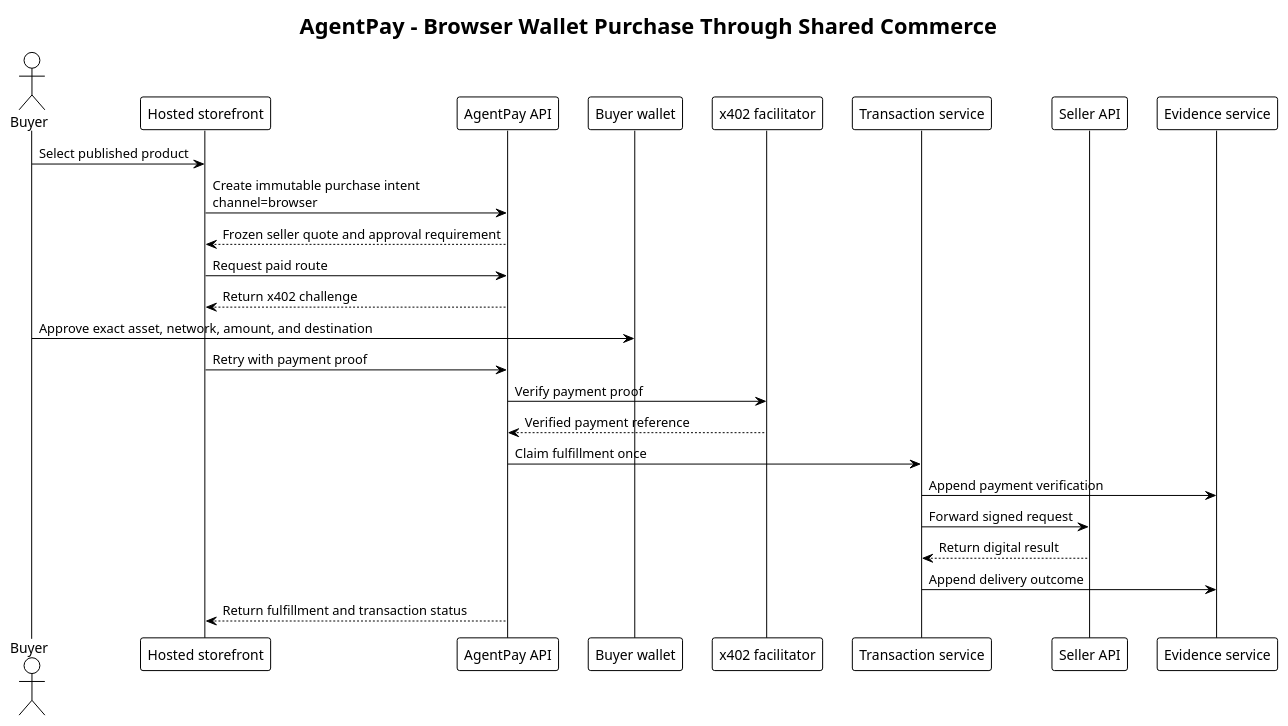
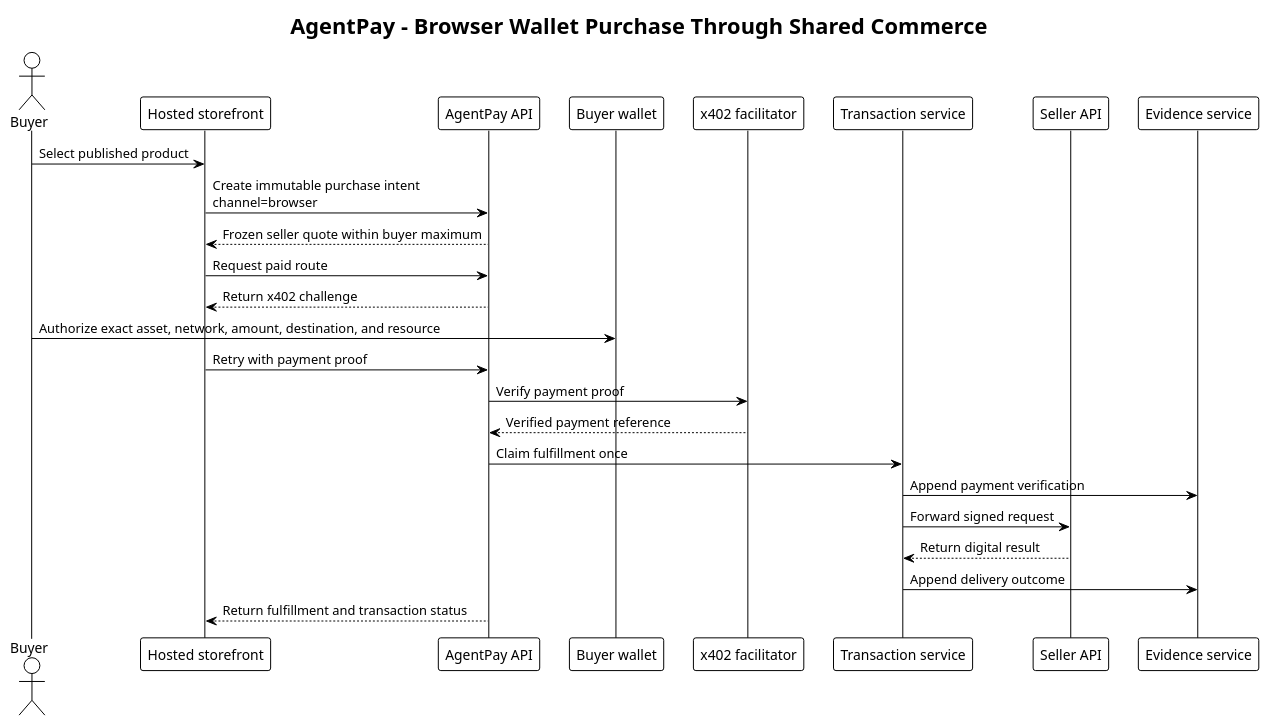
Before and after one commit to PrathamRanka/fourGeez: the diagram in docs/uml/browser-wallet-purchase-sequence.puml, drawn with PlantUML. The commit also changed 95 other files, not shown here.

```diff
--- a/docs/uml/browser-wallet-purchase-sequence.puml
+++ b/docs/uml/browser-wallet-purchase-sequence.puml
@@ -1,29 +1,29 @@
 @startuml AgentPay Browser Wallet Purchase Sequence
 !theme plain
 title AgentPay - Browser Wallet Purchase Through Shared Commerce
 
 actor Buyer
 participant "Hosted storefront" as Web
 participant "AgentPay API" as API
 participant "Buyer wallet" as Wallet
 participant "x402 facilitator" as Facilitator
 participant "Transaction service" as Transactions
 participant "Seller API" as Seller
 participant "Evidence service" as Evidence
 
 Buyer -> Web : Select published product
 Web -> API : Create immutable purchase intent\nchannel=browser
-API --> Web : Frozen seller quote and approval requirement
+API --> Web : Frozen seller quote within buyer maximum
 Web -> API : Request paid route
 API --> Web : Return x402 challenge
-Buyer -> Wallet : Approve exact asset, network, amount, and destination
+Buyer -> Wallet : Authorize exact asset, network, amount, destination, and resource
 Web -> API : Retry with payment proof
 API -> Facilitator : Verify payment proof
 Facilitator --> API : Verified payment reference
 API -> Transactions : Claim fulfillment once
 Transactions -> Evidence : Append payment verification
 Transactions -> Seller : Forward signed request
 Seller --> Transactions : Return digital result
 Transactions -> Evidence : Append delivery outcome
 API --> Web : Return fulfillment and transaction status
 @enduml
```
